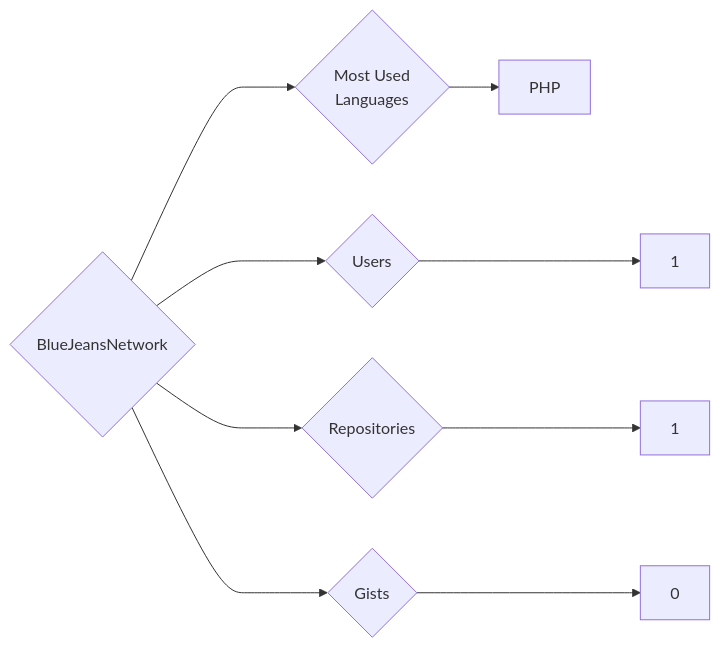
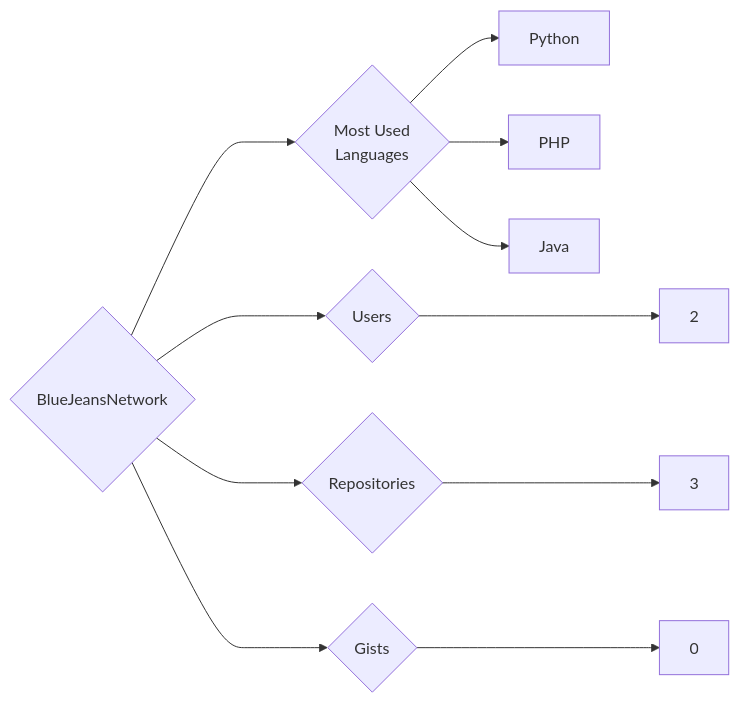
One commit to trickest/insiders changed the diagram in targets/BlueJeansNetwork/README.md. Above: the diagram before and after it, drawn with Mermaid. The commit also changed 1120 other files, not shown here.

````diff
--- a/targets/BlueJeansNetwork/README.md
+++ b/targets/BlueJeansNetwork/README.md
@@ -3,9 +3,11 @@
 ```mermaid
 graph LR
 COMPANY_NAME{BlueJeansNetwork}
-COMPANY_NAME ---> U{Users} ---> UN[1]
-COMPANY_NAME ---> R{Repositories} ---> RN[1]
+COMPANY_NAME ---> U{Users} ---> UN[2]
+COMPANY_NAME ---> R{Repositories} ---> RN[3]
 COMPANY_NAME ---> G{Gists} ---> GN[0]
 COMPANY_NAME ---> ML{Most Used<br>Languages}
+ML --> Python[Python]
 ML --> PHP[PHP]
+ML --> Java[Java]
 ```
````
